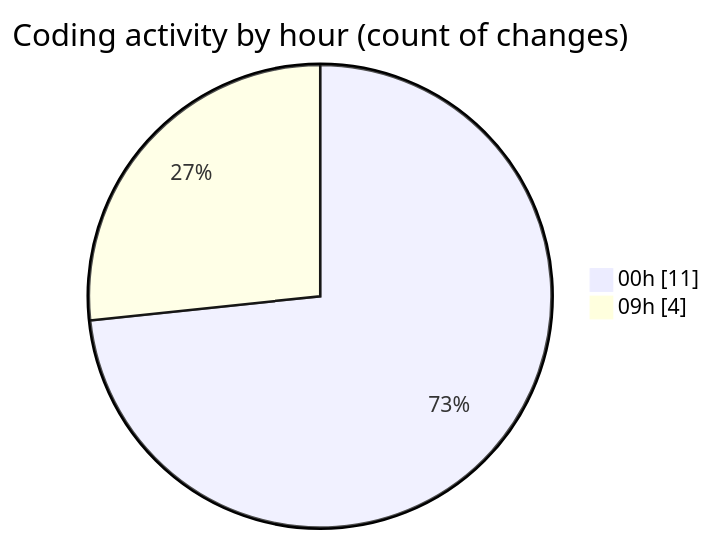
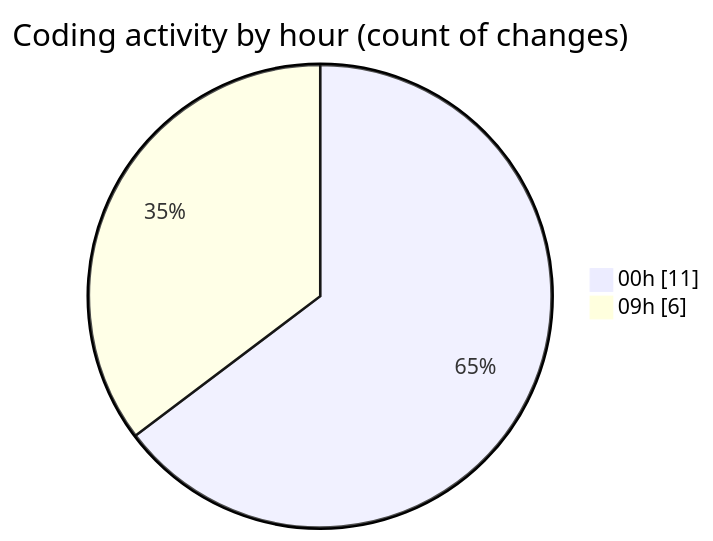
Before and after one commit to momahboobian/code-tracking: the second of 2 diagrams in 2026-09-02/cda/README.md, drawn with Mermaid. The commit also changed other lines of this file and 1 other file, not shown here.

````diff
--- a/2026-09-02/cda/README.md
+++ b/2026-09-02/cda/README.md
@@ -31,6 +33,6 @@
 ```mermaid
 pie showData
 title Coding activity by hour (count of changes)
 "00h" : 11
-"09h" : 4
+"09h" : 6
 ```
````
